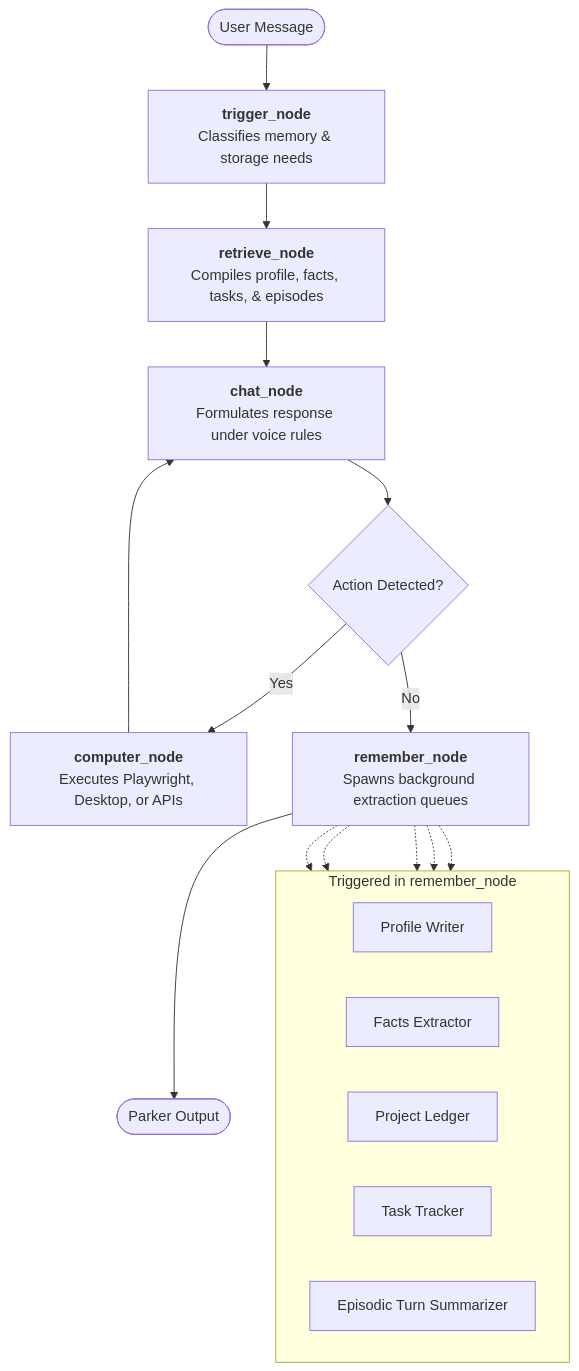
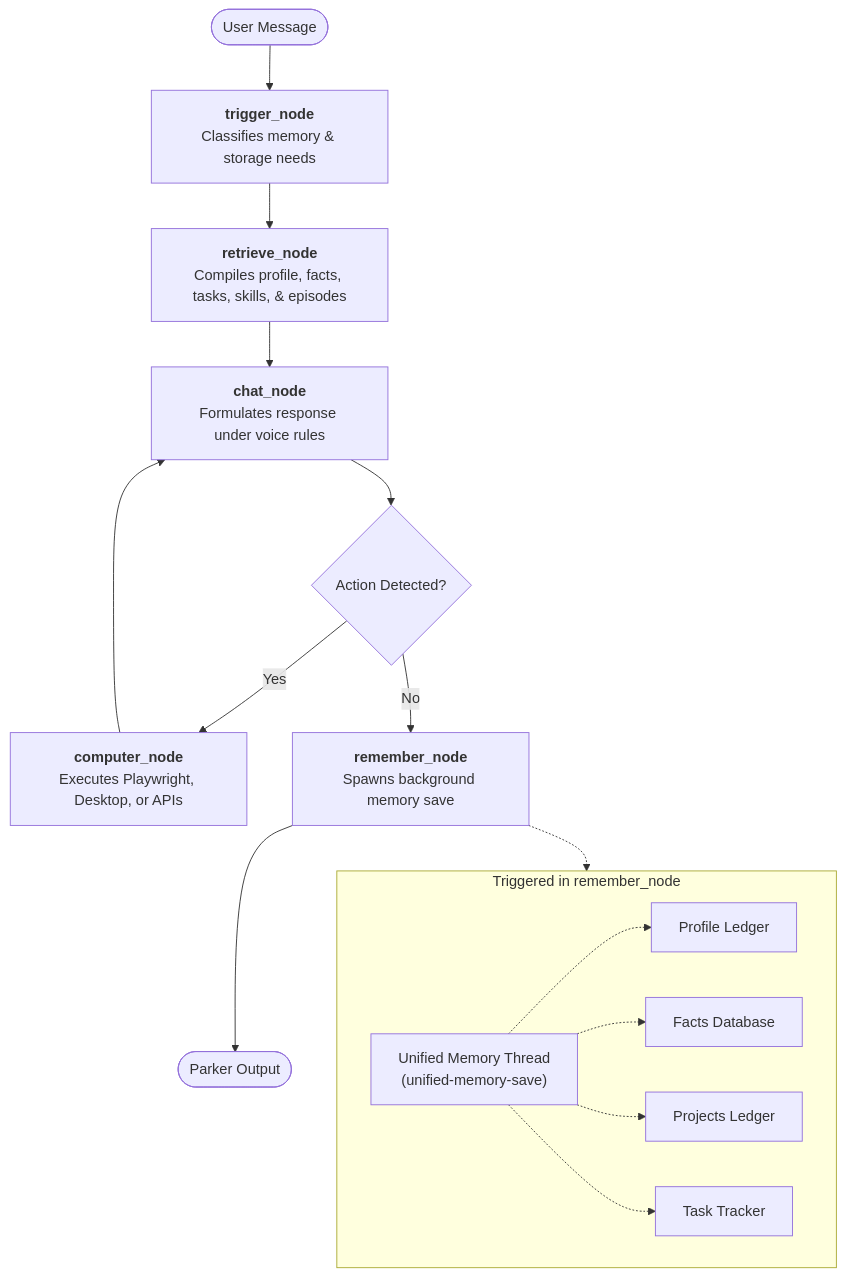
One commit to p-sree-sai-pavan/P.A.R.K.E.R changed the diagram in README.md. Above: the diagram before and after it, drawn with Mermaid. The commit also changed other lines of this file and 22 other files, not shown here.

Commit message:
Upgrade README and document core systems (Gemini Live, Unified Memory, Groq Rotation, OpenClaw Skills)

````diff
--- a/README.md
+++ b/README.md
@@ -50,32 +50,32 @@
 ```mermaid
 graph TD
     %% Define Nodes
     StartNode([User Message])
-    TriggerNode["<b>trigger_node</b><br>Classifies memory & storage needs"]
-    RetrieveNode["<b>retrieve_node</b><br>Compiles profile, facts, tasks, & episodes"]
-    ChatNode["<b>chat_node</b><br>Formulates response under voice rules"]
-    ComputerNode["<b>computer_node</b><br>Executes Playwright, Desktop, or APIs"]
-    RememberNode["<b>remember_node</b><br>Spawns background extraction queues"]
+    TriggerNode["<b>trigger_node</b><br/>Classifies memory & storage needs"]
+    RetrieveNode["<b>retrieve_node</b><br/>Compiles profile, facts, tasks, skills, & episodes"]
+    ChatNode["<b>chat_node</b><br/>Formulates response under voice rules"]
+    ComputerNode["<b>computer_node</b><br/>Executes Playwright, Desktop, or APIs"]
+    RememberNode["<b>remember_node</b><br/>Spawns background memory save"]
     EndNode([Parker Output])
 
     %% State flow
     StartNode --> TriggerNode
     TriggerNode --> RetrieveNode
     RetrieveNode --> ChatNode
     ChatNode --> RouteCheck{Action Detected?}
     RouteCheck -- "Yes" --> ComputerNode
     ComputerNode --> ChatNode
     RouteCheck -- "No" --> RememberNode
     RememberNode --> EndNode
 
-    %% Subgraph showing concurrent async tasks spawned in remember_node
-    subgraph Async Background Pipeline [Triggered in remember_node]
+    %% Subgraph showing the consolidated Unified memory writer
+    subgraph Unified Background Pipeline [Triggered in remember_node]
         direction LR
-        EP[Profile Writer]
-        EF[Facts Extractor]
-        EPJ[Project Ledger]
-        ET[Task Tracker]
-        EE[Episodic Turn Summarizer]
+        UM["Unified Memory Thread<br/>(unified-memory-save)"]
+        UM -.-> P[Profile Ledger]
+        UM -.-> F[Facts Database]
+        UM -.-> PR[Projects Ledger]
+        UM -.-> T[Task Tracker]
     end
-    RememberNode -.-> EP & EF & EPJ & ET & EE
+    RememberNode -.-> UM
 ```
````
